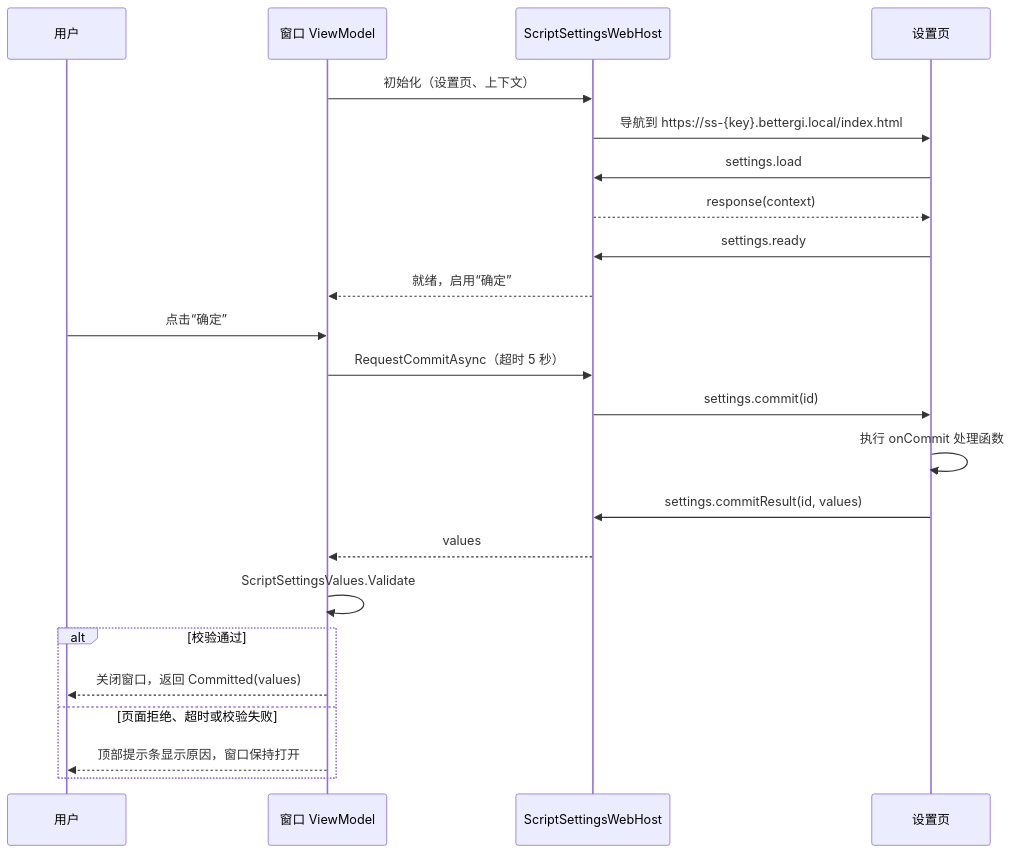
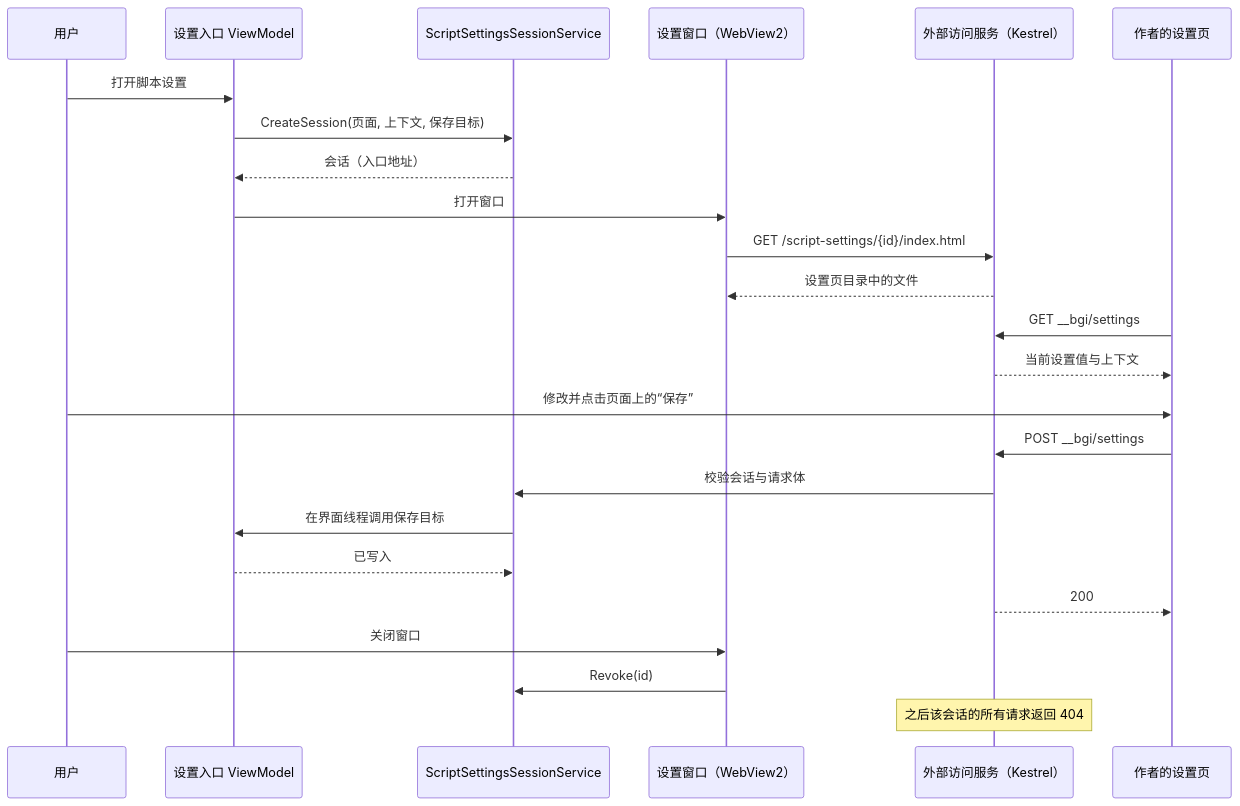
Before and after one commit to babalae/better-genshin-impact: the first of 2 diagrams in Docs/design/js-script-html-settings.md, drawn with Mermaid. The commit also changed other lines of this file and 5 other files, not shown here.

````diff
--- a/Docs/design/js-script-html-settings.md
+++ b/Docs/design/js-script-html-settings.md
@@ -245,25 +138,26 @@
 ```mermaid
 sequenceDiagram
     participant U as 用户
-    participant VM as 窗口 ViewModel
-    participant H as ScriptSettingsWebHost
-    participant P as 设置页
-    VM->>H: 初始化（设置页、上下文）
-    H->>P: 导航到 https://ss-{key}.bettergi.local/index.html
-    P->>H: settings.load
-    H-->>P: response(context)
-    P->>H: settings.ready
-    H-->>VM: 就绪，启用“确定”
-    U->>VM: 点击“确定”
-    VM->>H: RequestCommitAsync（超时 5 秒）
-    H->>P: settings.commit(id)
-    P->>P: 执行 onCommit 处理函数
-    P->>H: settings.commitResult(id, values)
-    H-->>VM: values
-    VM->>VM: ScriptSettingsValues.Validate
-    alt 校验通过
-        VM-->>U: 关闭窗口，返回 Committed(values)
-    else 页面拒绝、超时或校验失败
-        VM-->>U: 顶部提示条显示原因，窗口保持打开
-    end
+    participant E as 设置入口 ViewModel
+    participant S as ScriptSettingsSessionService
+    participant W as 设置窗口（WebView2）
+    participant K as 外部访问服务（Kestrel）
+    participant P as 作者的设置页
+    U->>E: 打开脚本设置
+    E->>S: CreateSession(页面, 上下文, 保存目标)
+    S-->>E: 会话（入口地址）
+    E->>W: 打开窗口
+    W->>K: GET /script-settings/{id}/index.html
+    K-->>W: 设置页目录中的文件
+    P->>K: GET __bgi/settings
+    K-->>P: 当前设置值与上下文
+    U->>P: 修改并点击页面上的“保存”
+    P->>K: POST __bgi/settings
+    K->>S: 校验会话与请求体
+    S->>E: 在界面线程调用保存目标
+    E-->>S: 已写入
+    K-->>P: 200
+    U->>W: 关闭窗口
+    W->>S: Revoke(id)
+    Note over K: 之后该会话的所有请求返回 404
 ```
````
